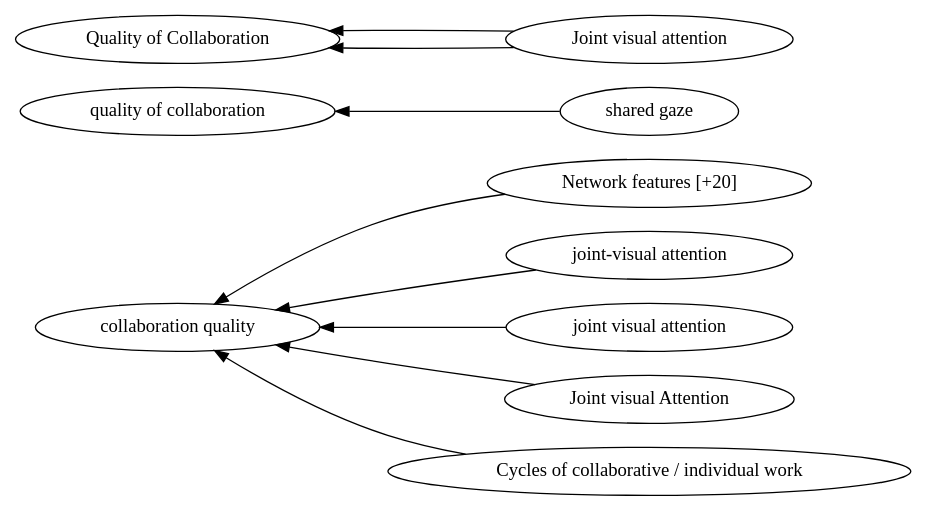
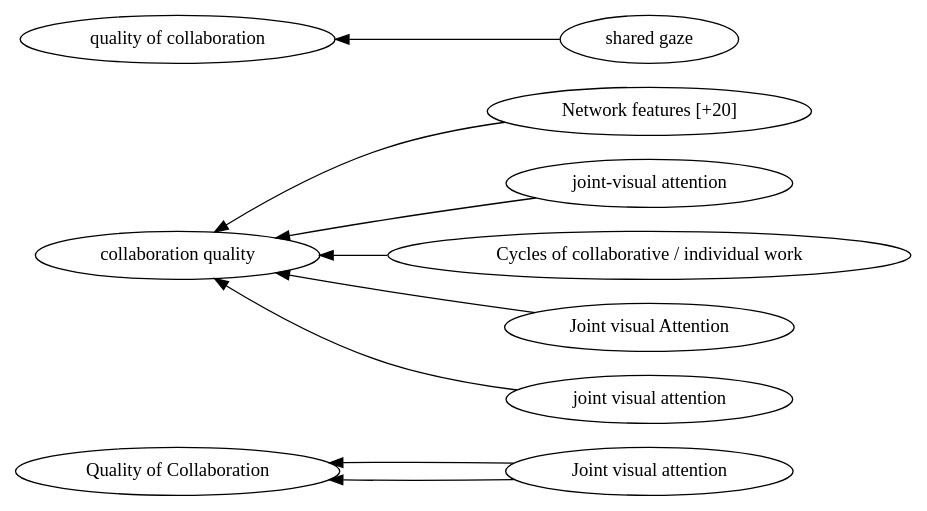
Before and after one commit to hgse-schneider/mmca: the diagram in graphviz/Gaze -> communication.gv, drawn with Graphviz. The commit also changed 168 other files, not shown here.

First line of the commit message:
resized the graphs

```diff
--- a/graphviz/Gaze -> communication.gv
+++ b/graphviz/Gaze -> communication.gv
@@ -1,24 +1,24 @@
 digraph Test {
 	rankdir=RL
-	size="15,15"
+	size="10,10"
 	overlap=false
 	splines=true
-	{rank=same; "Network features [+20]" "joint-visual attention" "joint visual attention" "shared gaze" "Joint visual Attention" "Joint visual attention" "Cycles of collaborative / individual work";}
-	{rank=same; "collaboration quality" "Quality of Collaboration" "quality of collaboration";}
+	{rank=same; "Joint visual attention" "Network features [+20]" "shared gaze" "joint-visual attention" "Cycles of collaborative / individual work" "Joint visual Attention" "joint visual attention";}
+	{rank=same; "Quality of Collaboration" "collaboration quality" "quality of collaboration";}
 	"Joint visual attention" [href="https://scholar.google.com/scholar?hl=en&q=Using%20Eye-Tracking%20Technology%20to%20Support%20Visual%20Coordination%20in%20Collaborative%20Problem-Solving%20Groups"]
 	"Joint visual attention" -> "Quality of Collaboration"
 	"Joint visual attention" [href="https://scholar.google.com/scholar?hl=en&q=The%20Effect%20of%20Mutual%20Gaze%20Perception%20on%20Students’%20Verbal%20Coordination"]
 	"Joint visual attention" -> "Quality of Collaboration"
 	"Joint visual Attention" [href="https://scholar.google.com/scholar?hl=en&q=Leveraging%20Mobile%20Eye-Trackers%20to%20Capture%20Joint%20Visual%20Attention%20in%20Co-Located%20Collaborative%20Learning"]
 	"Joint visual Attention" -> "collaboration quality"
 	"Cycles of collaborative / individual work" [href="https://scholar.google.com/scholar?hl=en&q=Leveraging%20Mobile%20Eye-Trackers%20to%20Capture%20Joint%20Visual%20Attention%20in%20Co-Located%20Collaborative%20Learning"]
 	"Cycles of collaborative / individual work" -> "collaboration quality"
 	"Network features [+20]" [href="https://scholar.google.com/scholar?hl=en&q=Toward%20Collaboration%20Sensing"]
 	"Network features [+20]" -> "collaboration quality"
 	"joint-visual attention" [href="https://scholar.google.com/scholar?hl=en&q=Unpacking%20Collaborative%20Learning%20Processes%20during%20Hands-on%20Activities%20using%20Mobile%20Eye-Trackers"]
 	"joint-visual attention" -> "collaboration quality"
 	"joint visual attention" [href="https://scholar.google.com/scholar?hl=en&q=3D%20Tangibles%20Facilitate%20Joint%20Visual%20Attention%20in%20Dyads"]
 	"joint visual attention" -> "collaboration quality"
 	"shared gaze" [href="https://scholar.google.com/scholar?hl=en&q=Effects%20of%20Shared%20Gaze%20on%20Audio-%20Versus%20Text-Based%20Remote%20Collaborations"]
 	"shared gaze" -> "quality of collaboration"
 }
```
